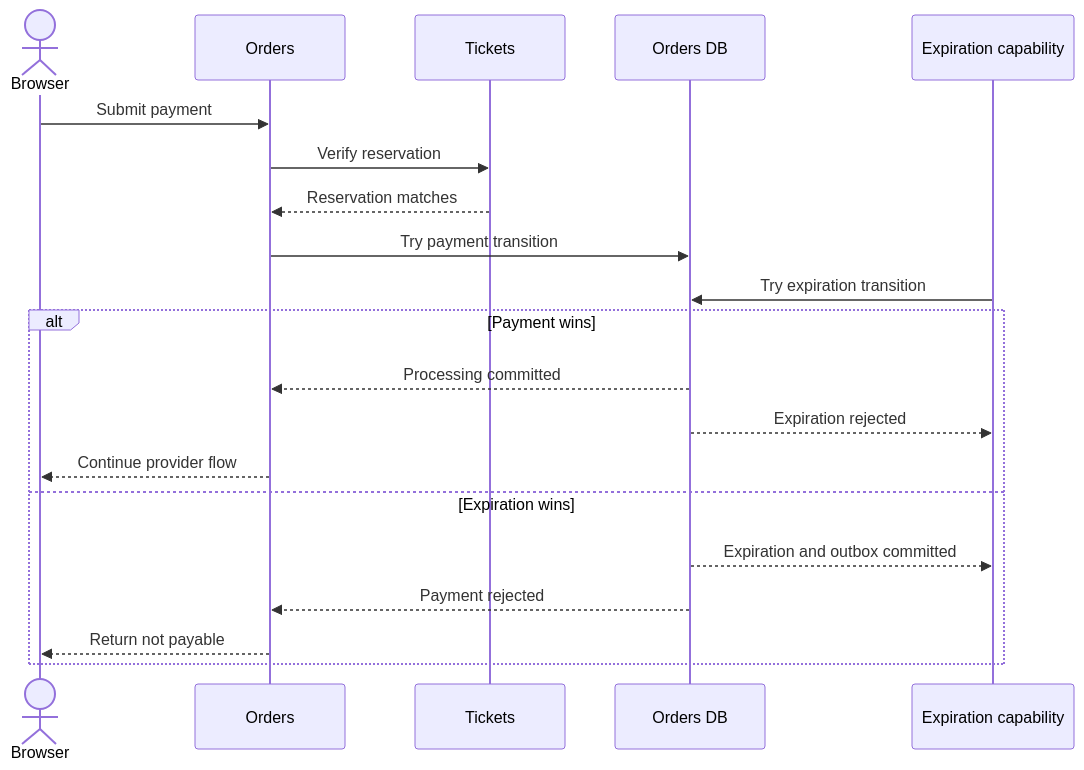
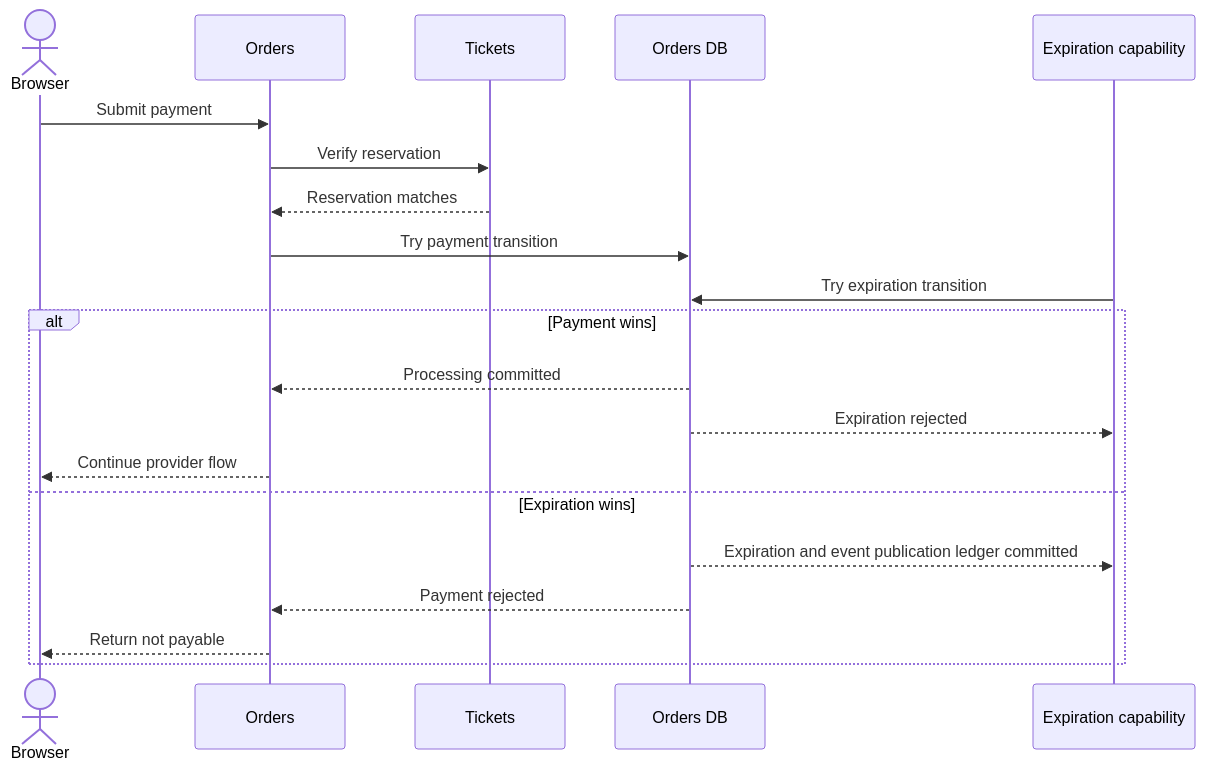
Diagram 12 of 16 in docs/system_design/sequence_diagrams.md (h19overflow/stubhub), drawn with Mermaid before and after one commit. The commit also changed other lines of this file and 59 other files, not shown here.

````diff
--- a/docs/system_design/sequence_diagrams.md
+++ b/docs/system_design/sequence_diagrams.md
@@ -284,22 +284,22 @@
 ```mermaid
 sequenceDiagram
     actor B as Browser
     participant O as Orders
     participant T as Tickets
     participant OD as Orders DB
     participant E as Expiration capability
     B->>O: Submit payment
     O->>T: Verify reservation
     T-->>O: Reservation matches
     O->>OD: Try payment transition
     E->>OD: Try expiration transition
     alt Payment wins
         OD-->>O: Processing committed
         OD-->>E: Expiration rejected
         O-->>B: Continue provider flow
     else Expiration wins
-        OD-->>E: Expiration and outbox committed
+        OD-->>E: Expiration and event publication ledger committed
         OD-->>O: Payment rejected
         O-->>B: Return not payable
     end
 ```
````
